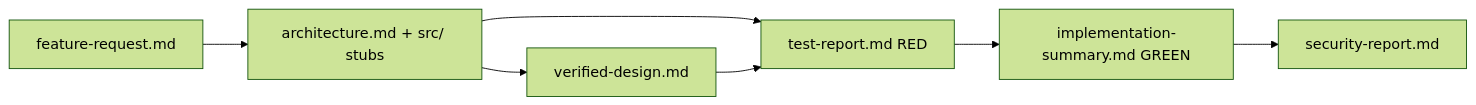
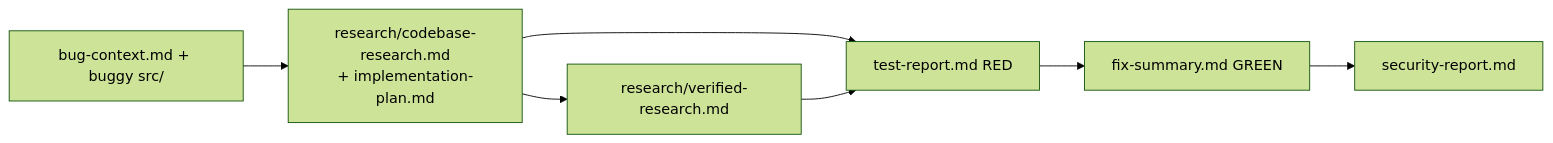
One commit to mgplaya/gen-ai-software-engineering changed the diagram in homework-4/specs/001-tdd-build-pipeline/data-model.md. Above: the diagram before and after it, drawn with Mermaid (forest theme). The commit also changed other lines of this file and 36 other files, not shown here.

````diff
--- a/homework-4/specs/001-tdd-build-pipeline/data-model.md
+++ b/homework-4/specs/001-tdd-build-pipeline/data-model.md
@@ -10,9 +10,9 @@
 ```mermaid
 flowchart LR
-  FR[feature-request.md] --> A[architecture.md + src/ stubs]
-  A --> V[verified-design.md]
+  FR[bug-context.md + buggy src/] --> A[research/codebase-research.md<br/>+ implementation-plan.md]
+  A --> V[research/verified-research.md]
   A --> T[test-report.md RED]
   V --> T
-  T --> I[implementation-summary.md GREEN]
+  T --> I[fix-summary.md GREEN]
   I --> S[security-report.md]
 ```
````
